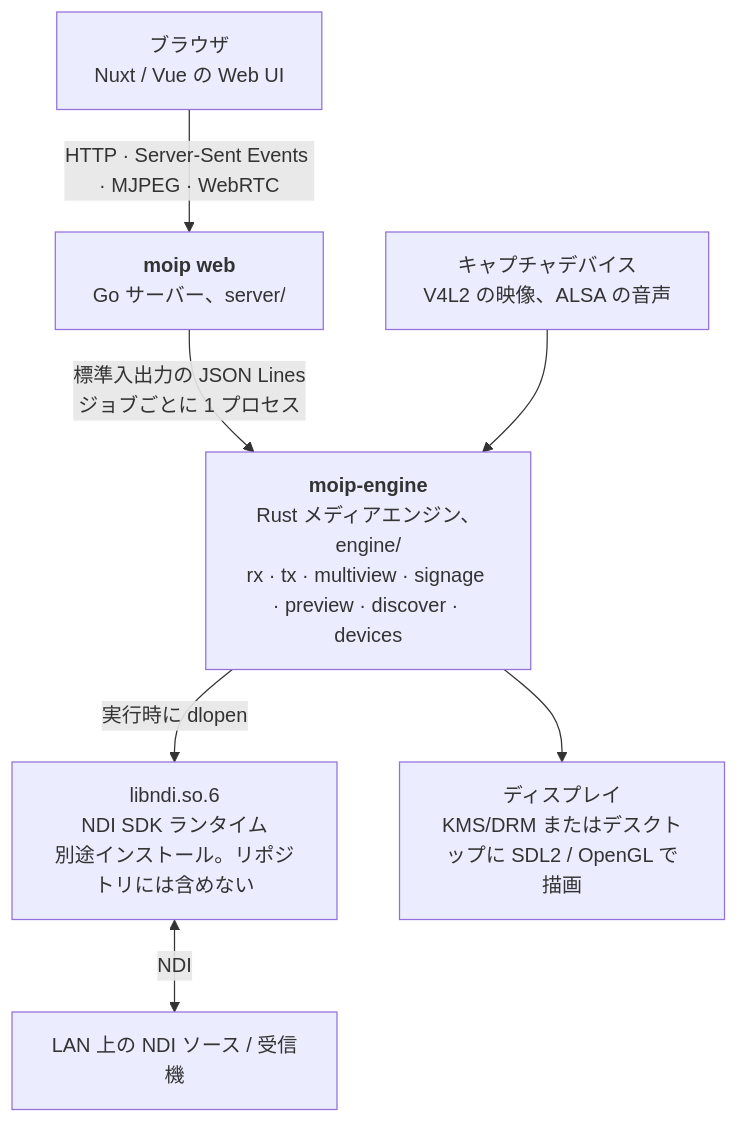
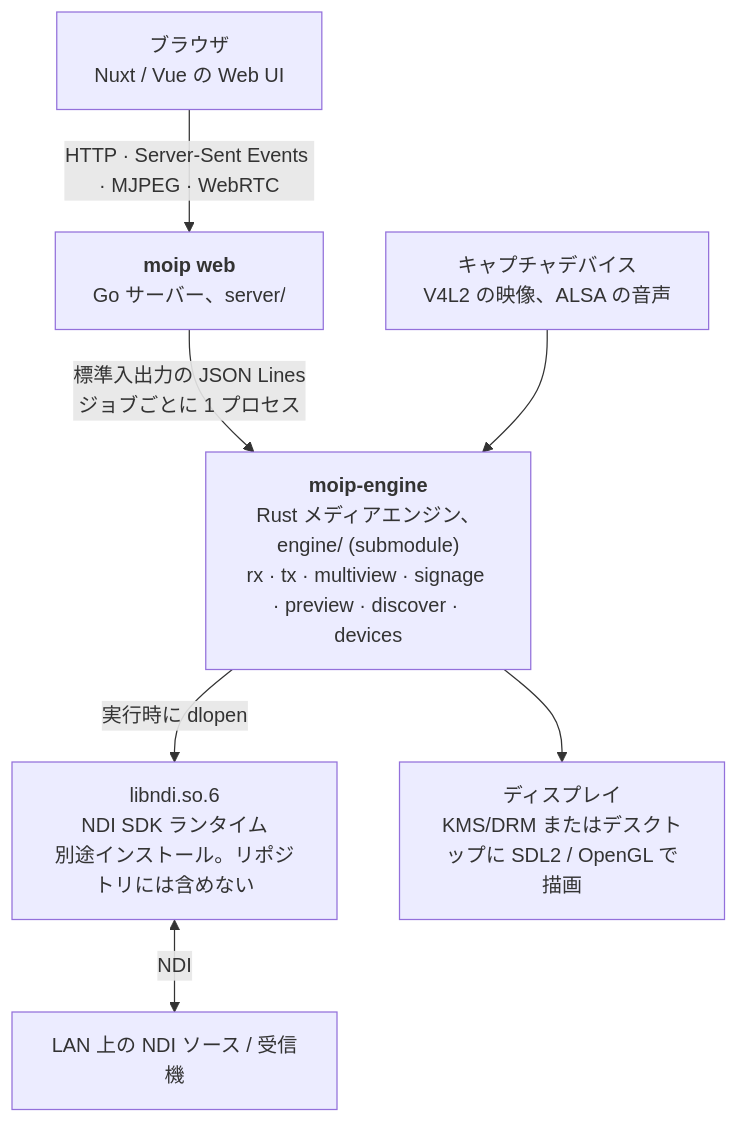
One commit to TechnoTUT/moip-toolkit changed the diagram in README.ja.md. Above: the diagram before and after it, drawn with Mermaid. The commit also changed other lines of this file and 27 other files, not shown here.

First line of the commit message:
chore: move engine/ to TechnoTUT/moip-engine as a submodule

````diff
--- a/README.ja.md
+++ b/README.ja.md
@@ -10,17 +10,17 @@
 ```mermaid
 flowchart TD
     browser["ブラウザ<br/>Nuxt / Vue の Web UI"]
     server["<b>moip web</b><br/>Go サーバー、server/"]
-    engine["<b>moip-engine</b><br/>Rust メディアエンジン、engine/<br/>rx · tx · multiview · signage · preview · discover · devices"]
+    engine["<b>moip-engine</b><br/>Rust メディアエンジン、engine/ (submodule)<br/>rx · tx · multiview · signage · preview · discover · devices"]
     ndi["libndi.so.6<br/>NDI SDK ランタイム<br/>別途インストール。リポジトリには含めない"]
     display["ディスプレイ<br/>KMS/DRM またはデスクトップに SDL2 / OpenGL で描画"]
     capture["キャプチャデバイス<br/>V4L2 の映像、ALSA の音声"]
     lan["LAN 上の NDI ソース / 受信機"]
 
     browser -- "HTTP · Server-Sent Events · MJPEG · WebRTC" --> server
     server -- "標準入出力の JSON Lines<br/>ジョブごとに 1 プロセス" --> engine
     engine -- "実行時に dlopen" --> ndi
     ndi <-- "NDI" --> lan
     engine --> display
     capture --> engine
 ```
````
